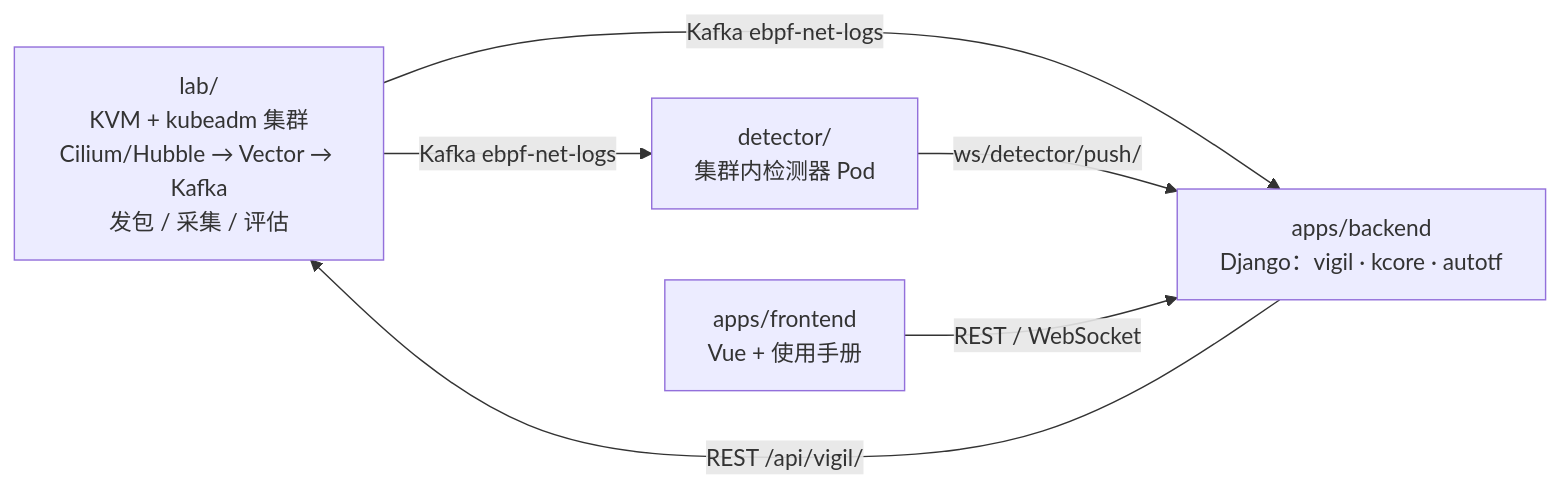
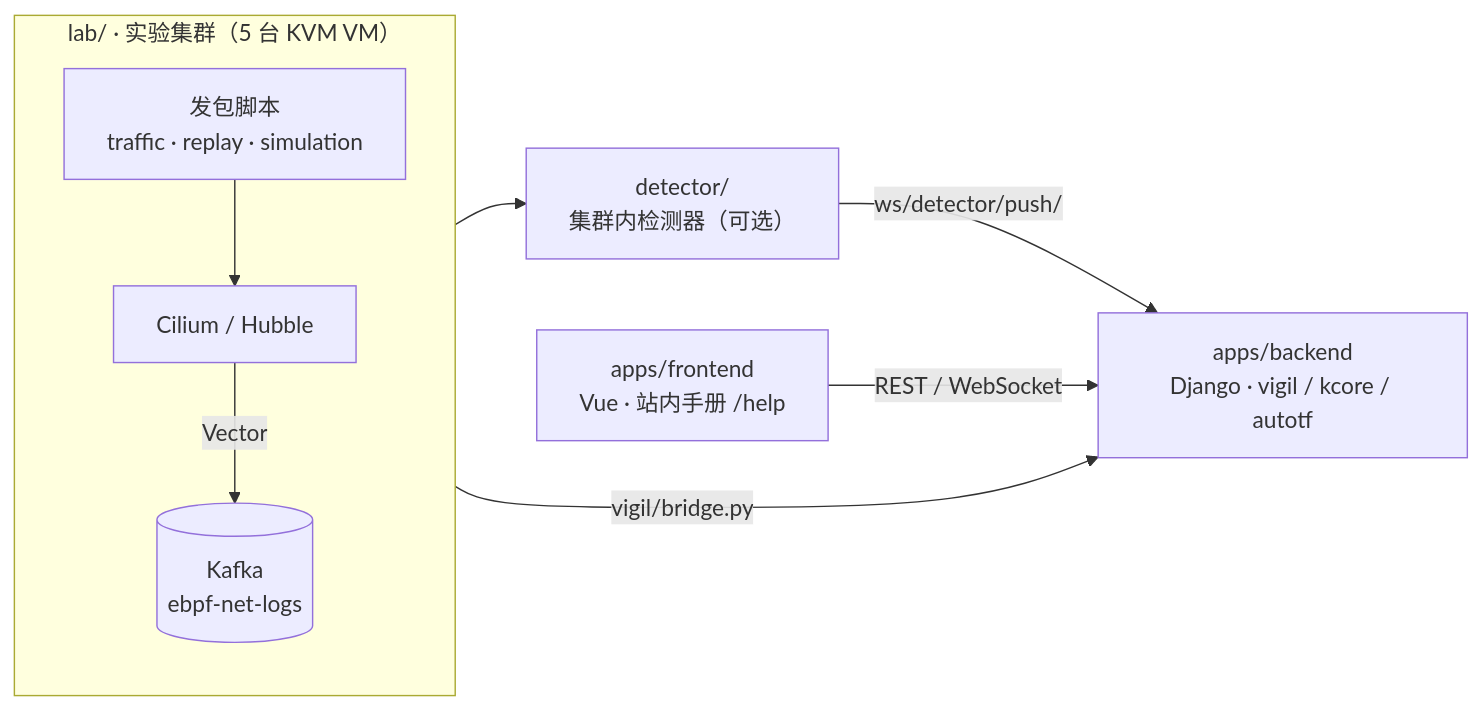
The diagram in README.md (knet-lab/knettf), drawn with Mermaid before and after one commit. The commit also changed other lines of this file and 14 other files, not shown here.

````diff
--- a/README.md
+++ b/README.md
@@ -5,12 +9,16 @@
 ```mermaid
 flowchart LR
-    LAB["lab/<br/>KVM + kubeadm 集群<br/>Cilium/Hubble → Vector → Kafka<br/>发包 / 采集 / 评估"]
-    DET["detector/<br/>集群内检测器 Pod"]
-    BE["apps/backend<br/>Django：vigil · kcore · autotf"]
-    FE["apps/frontend<br/>Vue + 使用手册"]
-    LAB -- "Kafka ebpf-net-logs" --> BE
-    LAB -- "Kafka ebpf-net-logs" --> DET
-    DET -- "ws/detector/push/" --> BE
-    BE -- "REST /api/vigil/" --> LAB
+    subgraph LAB["lab/ · 实验集群（5 台 KVM VM）"]
+        direction TB
+        TR["发包脚本<br/>traffic · replay · simulation"]
+        CIL["Cilium / Hubble"]
+        KAF[("Kafka<br/>ebpf-net-logs")]
+        TR --> CIL -- "Vector" --> KAF
+    end
+    DET["detector/<br/>集群内检测器（可选）"]
+    BE["apps/backend<br/>Django · vigil / kcore / autotf"]
+    FE["apps/frontend<br/>Vue · 站内手册 /help"]
+    KAF -- "vigil/bridge.py" --> BE
+    KAF --> DET -- "ws/detector/push/" --> BE
     FE -- "REST / WebSocket" --> BE
 ```
````
